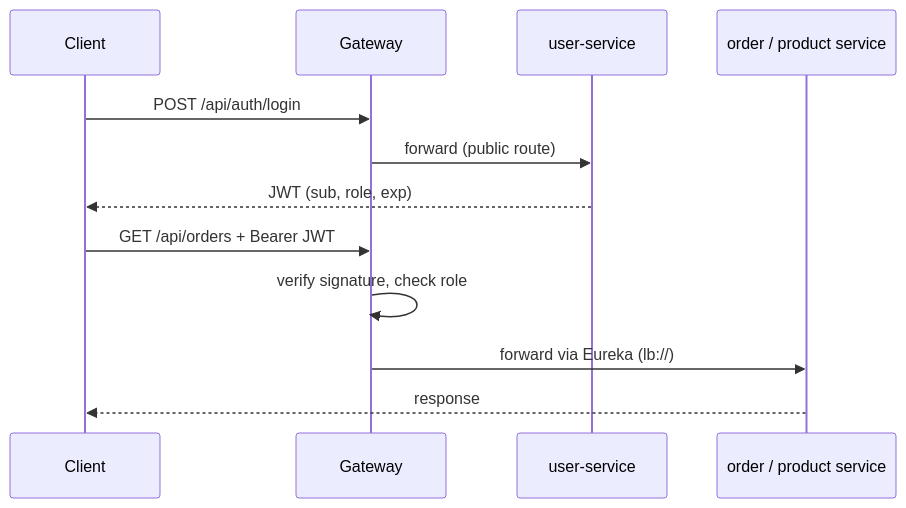
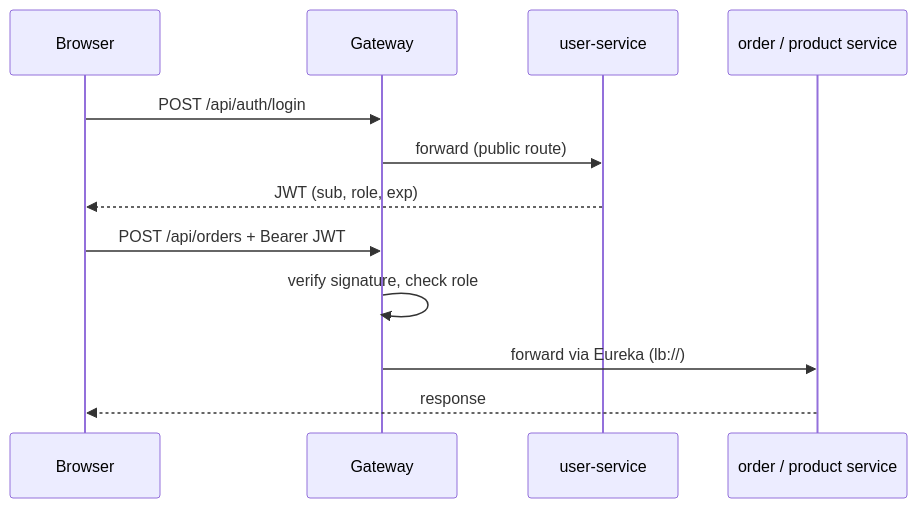
One commit to cengiztansel/quantumshop changed the second of 3 diagrams in README.md. Above: the diagram before and after it, drawn with Mermaid. The commit also changed other lines of this file and 5 other files, not shown here.

````diff
--- a/README.md
+++ b/README.md
@@ -83,15 +106,15 @@
 ```mermaid
 sequenceDiagram
-    participant C as Client
+    participant C as Browser
     participant G as Gateway
     participant U as user-service
     participant S as order / product service
 
     C->>G: POST /api/auth/login
     G->>U: forward (public route)
     U-->>C: JWT (sub, role, exp)
-    C->>G: GET /api/orders + Bearer JWT
+    C->>G: POST /api/orders + Bearer JWT
     G->>G: verify signature, check role
     G->>S: forward via Eureka (lb://)
     S-->>C: response
 ```
````
